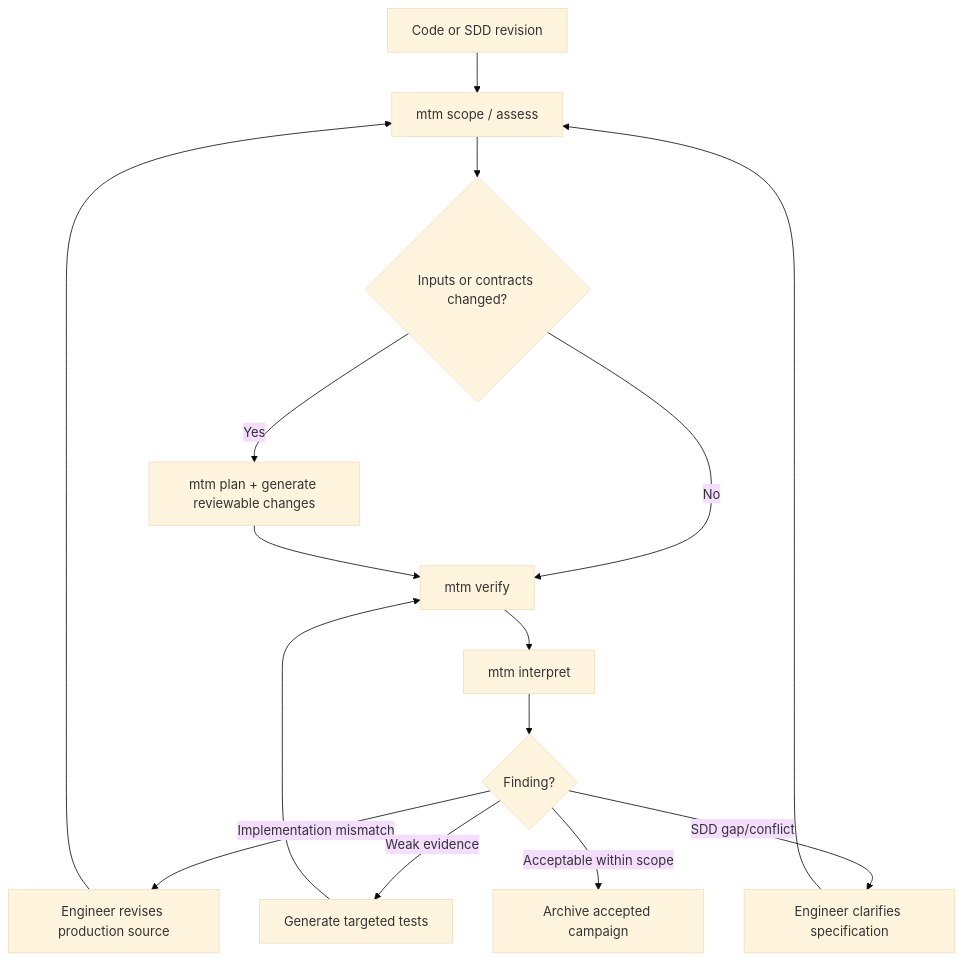
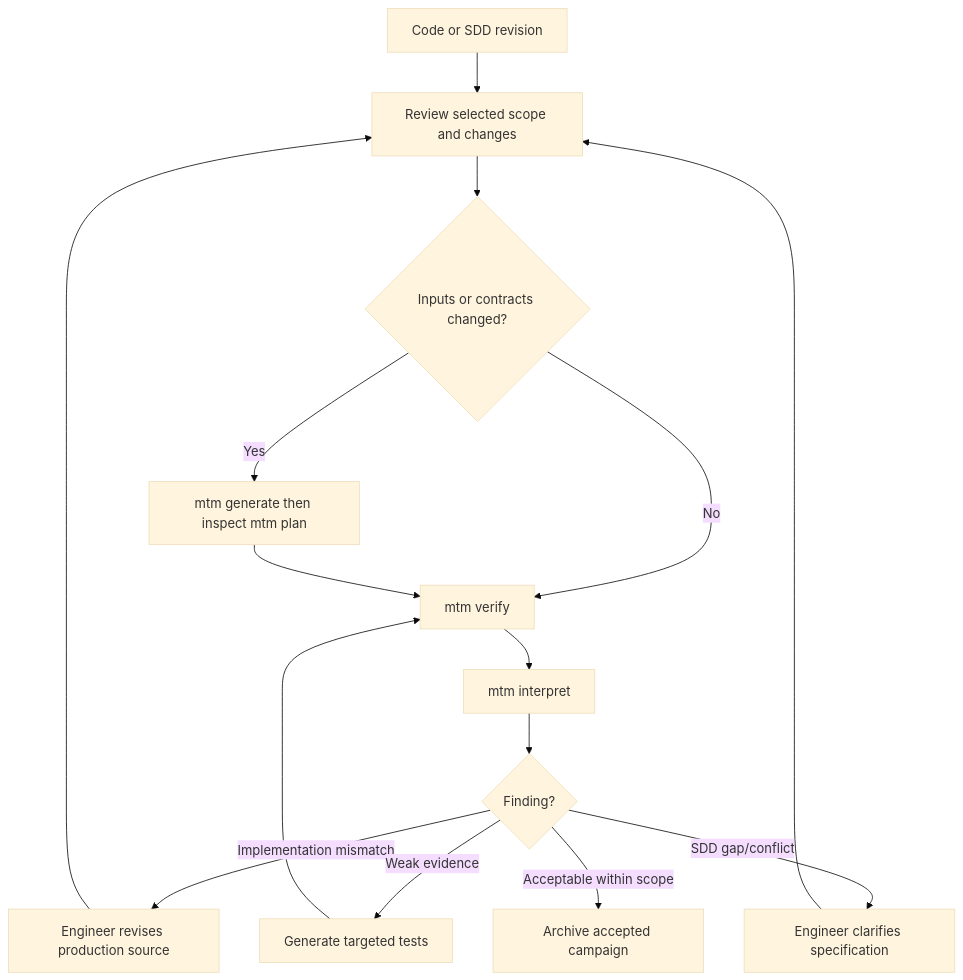
One commit to aradenac/utest-machinery changed the diagram in docs/user-guide/workflows.md. Above: the diagram before and after it, drawn with Mermaid (base theme). The commit also changed other lines of this file, not shown here.

Commit message:
docs: audit CLI, diagrams and verification requirements

````diff
--- a/docs/user-guide/workflows.md
+++ b/docs/user-guide/workflows.md
@@ -57,17 +54,17 @@
 ```mermaid
 flowchart TD
-  A["Code or SDD revision"] --> B["mtm scope / assess"]
+  A["Code or SDD revision"] --> B["Review selected scope and changes"]
   B --> C{"Inputs or contracts changed?"}
   C -->|No| V["mtm verify"]
-  C -->|Yes| P["mtm plan + generate reviewable changes"]
+  C -->|Yes| P["mtm generate then inspect mtm plan"]
   P --> V
   V --> R["mtm interpret"]
   R --> Q{"Finding?"}
   Q -->|Implementation mismatch| D["Engineer revises production source"]
   Q -->|SDD gap/conflict| S["Engineer clarifies specification"]
   Q -->|Weak evidence| T["Generate targeted tests"]
   Q -->|Acceptable within scope| E["Archive accepted campaign"]
   D --> B
   S --> B
   T --> V
 ```
````
